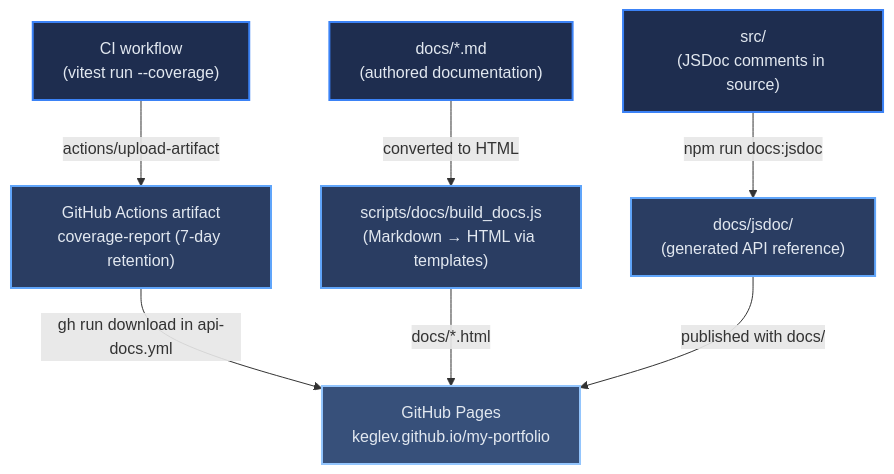
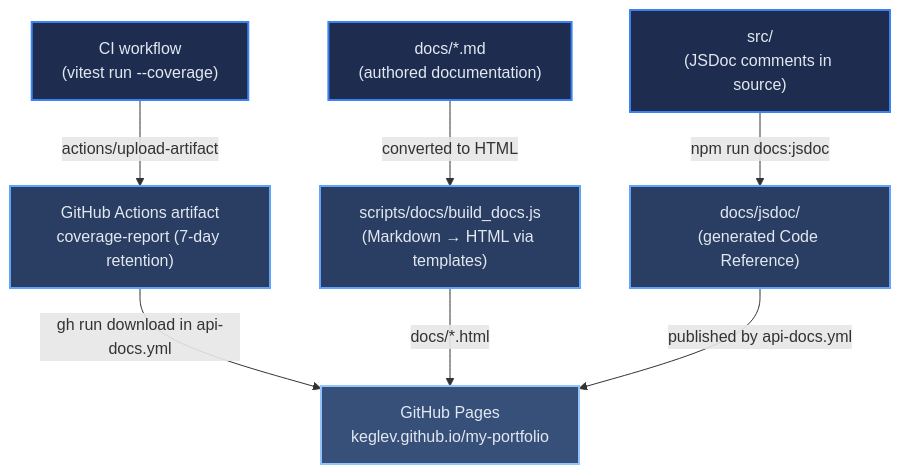
The diagram in docs/architecture/03-context.md (Keglev/my-portfolio), drawn with Mermaid before and after one commit. The commit also changed other lines of this file and 85 other files, not shown here.

First line of the commit message:
docs: landing card set, zero-emoji theme, DE switch fix, back-link injector, Code Reference rename (#43)

````diff
--- a/docs/architecture/03-context.md
+++ b/docs/architecture/03-context.md
@@ -41,25 +41,25 @@
 ```mermaid
 flowchart TD
     CIJob["CI workflow\n(vitest run --coverage)"]
     CoverageArtifact["GitHub Actions artifact\ncoverage-report (7-day retention)"]
     MarkdownDocs["docs/*.md\n(authored documentation)"]
     BuildDocs["scripts/docs/build_docs.js\n(Markdown → HTML via templates)"]
     SrcCode["src/\n(JSDoc comments in source)"]
-    JSDocOutput["docs/jsdoc/\n(generated API reference)"]
+    JSDocOutput["docs/jsdoc/\n(generated Code Reference)"]
     GHPages["GitHub Pages\nkeglev.github.io/my-portfolio"]
 
     CIJob -->|"actions/upload-artifact"| CoverageArtifact
     CoverageArtifact -->|"gh run download in api-docs.yml"| GHPages
     MarkdownDocs -->|"converted to HTML"| BuildDocs
     BuildDocs -->|"docs/*.html"| GHPages
     SrcCode -->|"npm run docs:jsdoc"| JSDocOutput
-    JSDocOutput -->|"published with docs/"| GHPages
+    JSDocOutput -->|"published by api-docs.yml"| GHPages
 
     class CIJob,MarkdownDocs,SrcCode l1
     class CoverageArtifact,BuildDocs,JSDocOutput l2
     class GHPages l3
 
     classDef l1 fill:#1e2d4f,stroke:#3B82F6,stroke-width:2px,color:#E2E8F0
     classDef l2 fill:#2a3d62,stroke:#60A5FA,stroke-width:2px,color:#E2E8F0
     classDef l3 fill:#37507a,stroke:#93C5FD,stroke-width:2px,color:#E2E8F0
 ```
````
